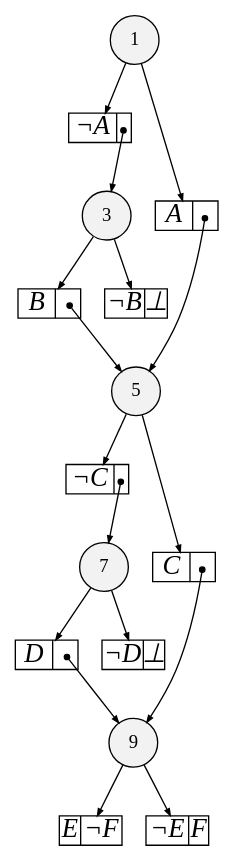
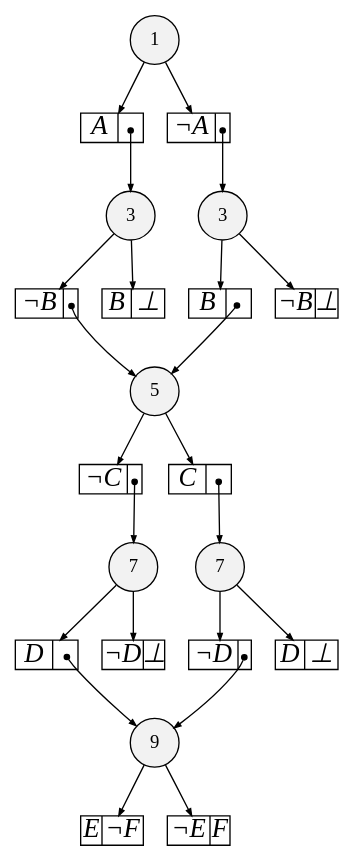
One commit to MaxMicheluttiUnitn/DecisionDiagrams changed the diagram in sdd.dot. Above: the diagram before and after it, drawn with Graphviz. The commit also changed 13 other files, not shown here.

```diff
--- a/sdd.dot
+++ b/sdd.dot
@@ -1,145 +1,197 @@
 
 digraph sdd {
 
 overlap=false
 
 {rank=same; n20 }
-{rank=same; n23 }
-{rank=same; n24 }
-{rank=same; n25 }
-{rank=same; n26 }
+{rank=same; n31 n25 }
+{rank=same; n32 }
+{rank=same; n34 n33 }
+{rank=same; n35 }
 
 n20 [label= "9",style=filled,fillcolor=gray95,shape=circle,height=.25,width=.25]; 
 n20e0
       [label= "<L>E|<R>&not;F",
       shape=record,
       fontsize=20,
       fontname="Times-Italic",
       fillcolor=white,
       style=filled,
       fixedsize=true,
       height=.30, 
       width=.65];
 
 n20->n20e0 [arrowsize=.50];
 n20e1
       [label= "<L>&not;E|<R>F",
       shape=record,
       fontsize=20,
       fontname="Times-Italic",
       fillcolor=white,
       style=filled,
       fixedsize=true,
       height=.30, 
       width=.65];
 
 n20->n20e1 [arrowsize=.50];
-n23 [label= "7",style=filled,fillcolor=gray95,shape=circle,height=.25,width=.25]; 
-n23e0
+n31 [label= "7",style=filled,fillcolor=gray95,shape=circle,height=.25,width=.25]; 
+n31e0
       [label= "<L>D|<R>",
       shape=record,
       fontsize=20,
       fontname="Times-Italic",
       fillcolor=white,
       style=filled,
       fixedsize=true,
       height=.30, 
       width=.65];
 
-n23->n23e0 [arrowsize=.50];
-n23e0:R:c->n20 [arrowsize=.50,tailclip=false,arrowtail=dot,dir=both];
-n23e1
+n31->n31e0 [arrowsize=.50];
+n31e0:R:c->n20 [arrowsize=.50,tailclip=false,arrowtail=dot,dir=both];
+n31e1
       [label= "<L>&not;D|<R>&#8869;",
       shape=record,
       fontsize=20,
       fontname="Times-Italic",
       fillcolor=white,
       style=filled,
       fixedsize=true,
       height=.30, 
       width=.65];
 
-n23->n23e1 [arrowsize=.50];
-n24 [label= "5",style=filled,fillcolor=gray95,shape=circle,height=.25,width=.25]; 
-n24e0
+n31->n31e1 [arrowsize=.50];
+n25 [label= "7",style=filled,fillcolor=gray95,shape=circle,height=.25,width=.25]; 
+n25e0
+      [label= "<L>&not;D|<R>",
+      shape=record,
+      fontsize=20,
+      fontname="Times-Italic",
+      fillcolor=white,
+      style=filled,
+      fixedsize=true,
+      height=.30, 
+      width=.65];
+
+n25->n25e0 [arrowsize=.50];
+n25e0:R:c->n20 [arrowsize=.50,tailclip=false,arrowtail=dot,dir=both];
+n25e1
+      [label= "<L>D|<R>&#8869;",
+      shape=record,
+      fontsize=20,
+      fontname="Times-Italic",
+      fillcolor=white,
+      style=filled,
+      fixedsize=true,
+      height=.30, 
+      width=.65];
+
+n25->n25e1 [arrowsize=.50];
+n32 [label= "5",style=filled,fillcolor=gray95,shape=circle,height=.25,width=.25]; 
+n32e0
       [label= "<L>&not;C|<R>",
       shape=record,
       fontsize=20,
       fontname="Times-Italic",
       fillcolor=white,
       style=filled,
       fixedsize=true,
       height=.30, 
       width=.65];
 
-n24->n24e0 [arrowsize=.50];
-n24e0:R:c->n23 [arrowsize=.50,tailclip=false,arrowtail=dot,dir=both];
-n24e1
+n32->n32e0 [arrowsize=.50];
+n32e0:R:c->n31 [arrowsize=.50,tailclip=false,arrowtail=dot,dir=both];
+n32e1
       [label= "<L>C|<R>",
       shape=record,
       fontsize=20,
       fontname="Times-Italic",
       fillcolor=white,
       style=filled,
       fixedsize=true,
       height=.30, 
       width=.65];
 
-n24->n24e1 [arrowsize=.50];
-n24e1:R:c->n20 [arrowsize=.50,tailclip=false,arrowtail=dot,dir=both];
-n25 [label= "3",style=filled,fillcolor=gray95,shape=circle,height=.25,width=.25]; 
-n25e0
+n32->n32e1 [arrowsize=.50];
+n32e1:R:c->n25 [arrowsize=.50,tailclip=false,arrowtail=dot,dir=both];
+n34 [label= "3",style=filled,fillcolor=gray95,shape=circle,height=.25,width=.25]; 
+n34e0
+      [label= "<L>&not;B|<R>",
+      shape=record,
+      fontsize=20,
+      fontname="Times-Italic",
+      fillcolor=white,
+      style=filled,
+      fixedsize=true,
+      height=.30, 
+      width=.65];
+
+n34->n34e0 [arrowsize=.50];
+n34e0:R:c->n32 [arrowsize=.50,tailclip=false,arrowtail=dot,dir=both];
+n34e1
+      [label= "<L>B|<R>&#8869;",
+      shape=record,
+      fontsize=20,
+      fontname="Times-Italic",
+      fillcolor=white,
+      style=filled,
+      fixedsize=true,
+      height=.30, 
+      width=.65];
+
+n34->n34e1 [arrowsize=.50];
+n33 [label= "3",style=filled,fillcolor=gray95,shape=circle,height=.25,width=.25]; 
+n33e0
       [label= "<L>B|<R>",
       shape=record,
       fontsize=20,
       fontname="Times-Italic",
       fillcolor=white,
       style=filled,
       fixedsize=true,
       height=.30, 
       width=.65];
 
-n25->n25e0 [arrowsize=.50];
-n25e0:R:c->n24 [arrowsize=.50,tailclip=false,arrowtail=dot,dir=both];
-n25e1
+n33->n33e0 [arrowsize=.50];
+n33e0:R:c->n32 [arrowsize=.50,tailclip=false,arrowtail=dot,dir=both];
+n33e1
       [label= "<L>&not;B|<R>&#8869;",
       shape=record,
       fontsize=20,
       fontname="Times-Italic",
       fillcolor=white,
       style=filled,
       fixedsize=true,
       height=.30, 
       width=.65];
 
-n25->n25e1 [arrowsize=.50];
-n26 [label= "1",style=filled,fillcolor=gray95,shape=circle,height=.25,width=.25]; 
-n26e0
+n33->n33e1 [arrowsize=.50];
+n35 [label= "1",style=filled,fillcolor=gray95,shape=circle,height=.25,width=.25]; 
+n35e0
+      [label= "<L>A|<R>",
+      shape=record,
+      fontsize=20,
+      fontname="Times-Italic",
+      fillcolor=white,
+      style=filled,
+      fixedsize=true,
+      height=.30, 
+      width=.65];
+
+n35->n35e0 [arrowsize=.50];
+n35e0:R:c->n34 [arrowsize=.50,tailclip=false,arrowtail=dot,dir=both];
+n35e1
       [label= "<L>&not;A|<R>",
       shape=record,
       fontsize=20,
       fontname="Times-Italic",
       fillcolor=white,
       style=filled,
       fixedsize=true,
       height=.30, 
       width=.65];
 
-n26->n26e0 [arrowsize=.50];
-n26e0:R:c->n25 [arrowsize=.50,tailclip=false,arrowtail=dot,dir=both];
-n26e1
-      [label= "<L>A|<R>",
-      shape=record,
-      fontsize=20,
-      fontname="Times-Italic",
-      fillcolor=white,
-      style=filled,
-      fixedsize=true,
-      height=.30, 
-      width=.65];
-
-n26->n26e1 [arrowsize=.50];
-n26e1:R:c->n24 [arrowsize=.50,tailclip=false,arrowtail=dot,dir=both];
+n35->n35e1 [arrowsize=.50];
+n35e1:R:c->n33 [arrowsize=.50,tailclip=false,arrowtail=dot,dir=both];
 
 
 }
```
